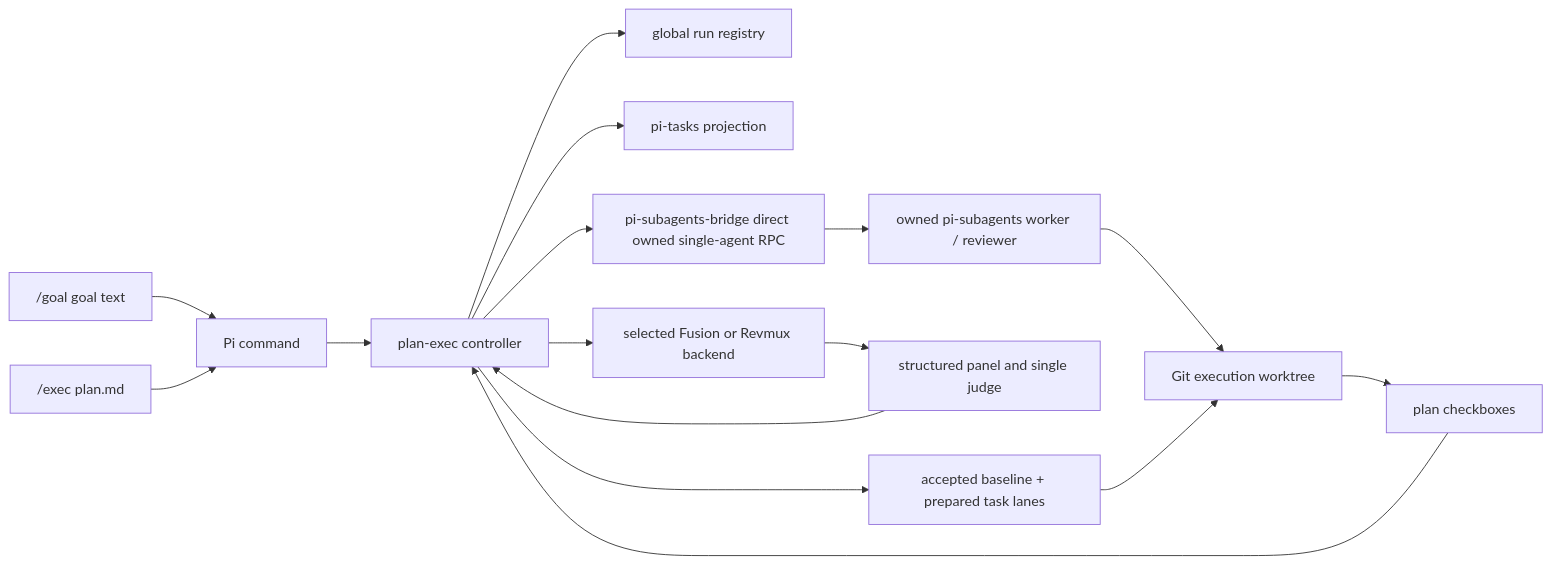
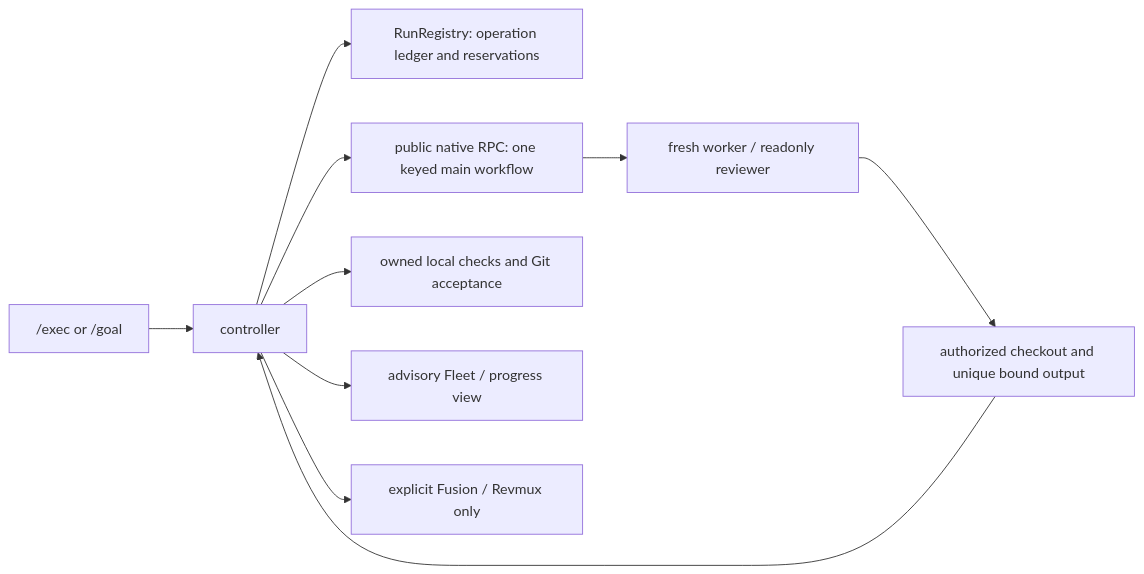
Before and after one commit to alexei-led/pi-plan-exec: the diagram in docs/architecture.md, drawn with Mermaid. The commit also changed other lines of this file and 43 other files, not shown here.

Commit message:
feat: complete native dependency cutover and read-only legacy recovery

````diff
--- a/docs/architecture.md
+++ b/docs/architecture.md
@@ -60,18 +36,12 @@
 ```mermaid
 flowchart LR
-    goal["/goal goal text"] --> command[Pi command]
-    user["/exec plan.md"] --> command[Pi command]
-    command --> controller[plan-exec controller]
-    controller --> registry["global run registry"]
-    controller --> projection[pi-tasks projection]
-    controller --> bridge[pi-subagents-bridge direct owned single-agent RPC]
-    bridge --> agents["owned pi-subagents worker / reviewer"]
-    controller --> fusion[selected Fusion or Revmux backend]
-    fusion --> panel[structured panel and single judge]
-    agents --> worktree[Git execution worktree]
-    panel --> controller
-    worktree --> plan[plan checkboxes]
-    plan --> controller
-    controller --> lanes[accepted baseline + prepared task lanes]
-    lanes --> worktree
+    commands["/exec or /goal"] --> controller
+    controller --> registry["RunRegistry: operation ledger and reservations"]
+    controller --> native["public native RPC: one keyed main workflow"]
+    native --> child["fresh worker / readonly reviewer"]
+    child --> files["authorized checkout and unique bound output"]
+    files --> controller
+    controller --> checks["owned local checks and Git acceptance"]
+    controller --> views["advisory Fleet / progress view"]
+    controller --> alternatives["explicit Fusion / Revmux only"]
 ```
````
